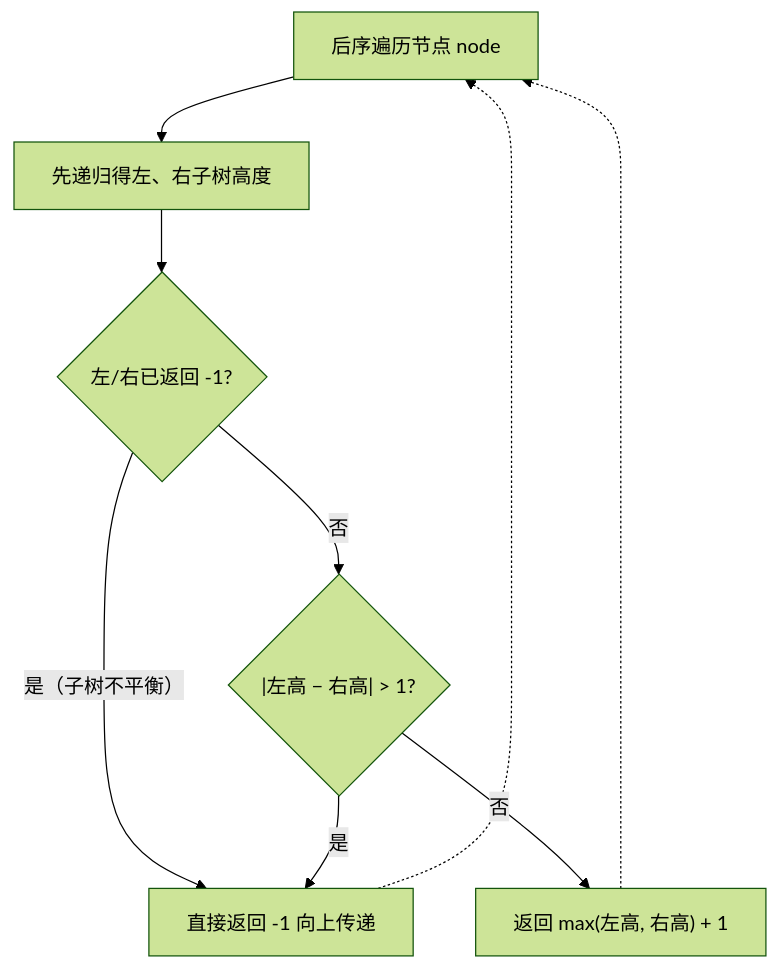
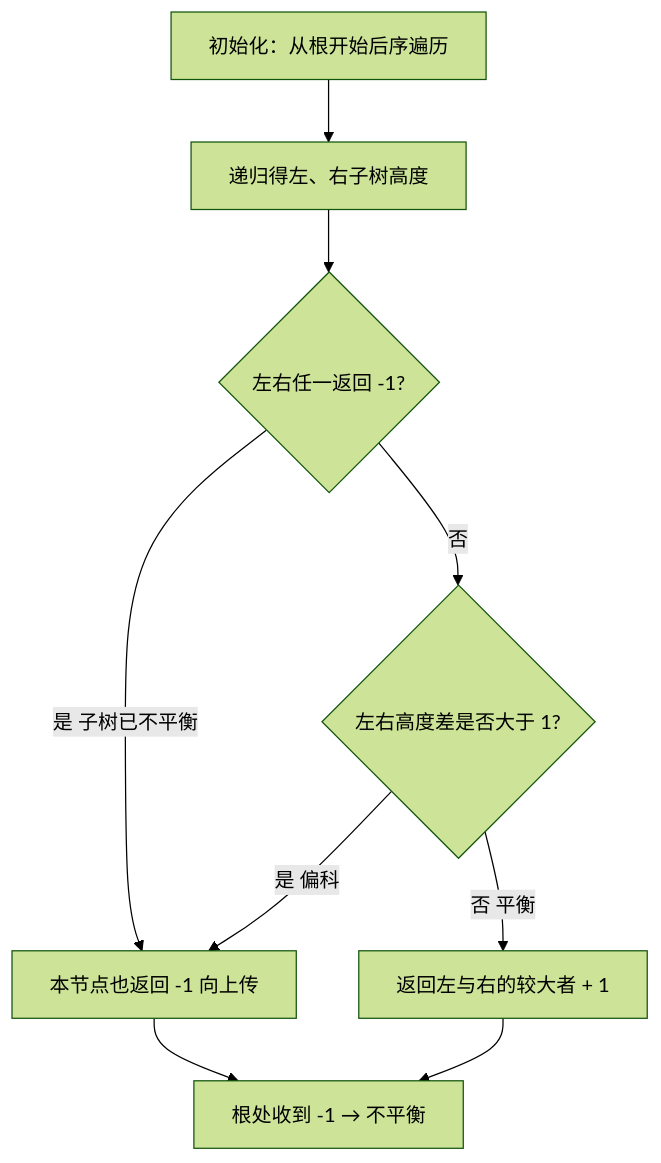
The first of 2 diagrams in 19-大厂加餐/腾讯加餐/0110-平衡二叉树.md (OctalZero/hot100-py), drawn with Mermaid (forest theme) before and after one commit. The commit also changed other lines of this file and 117 other files, not shown here.

First line of the commit message:
feat: 全题解配图升级为「动画式 mermaid」（总览骨架 + 横向时间线逐步推演）

````diff
--- a/19-大厂加餐/腾讯加餐/0110-平衡二叉树.md
+++ b/19-大厂加餐/腾讯加餐/0110-平衡二叉树.md
@@ -28,11 +28,11 @@
 ```mermaid
 flowchart TD
-    A["后序遍历节点 node"] --> B["先递归得左、右子树高度"]
-    B --> C{"左/右已返回 -1?"}
-    C -- "是（子树不平衡）" --> D["直接返回 -1 向上传递"]
-    C -- "否" --> E{"|左高 − 右高| > 1?"}
-    E -- "是" --> D
-    E -- "否" --> F["返回 max(左高, 右高) + 1"]
-    D -.-> A
-    F -.-> A
+    A["初始化：从根开始后序遍历"] --> B["递归得左、右子树高度"]
+    B --> C{"左右任一返回 -1?"}
+    C -->|"是 子树已不平衡"| D["本节点也返回 -1 向上传"]
+    C -->|"否"| E{"左右高度差是否大于 1?"}
+    E -->|"是 偏科"| D
+    E -->|"否 平衡"| F["返回左与右的较大者 + 1"]
+    D --> G["根处收到 -1 → 不平衡"]
+    F --> G
 ```
````
